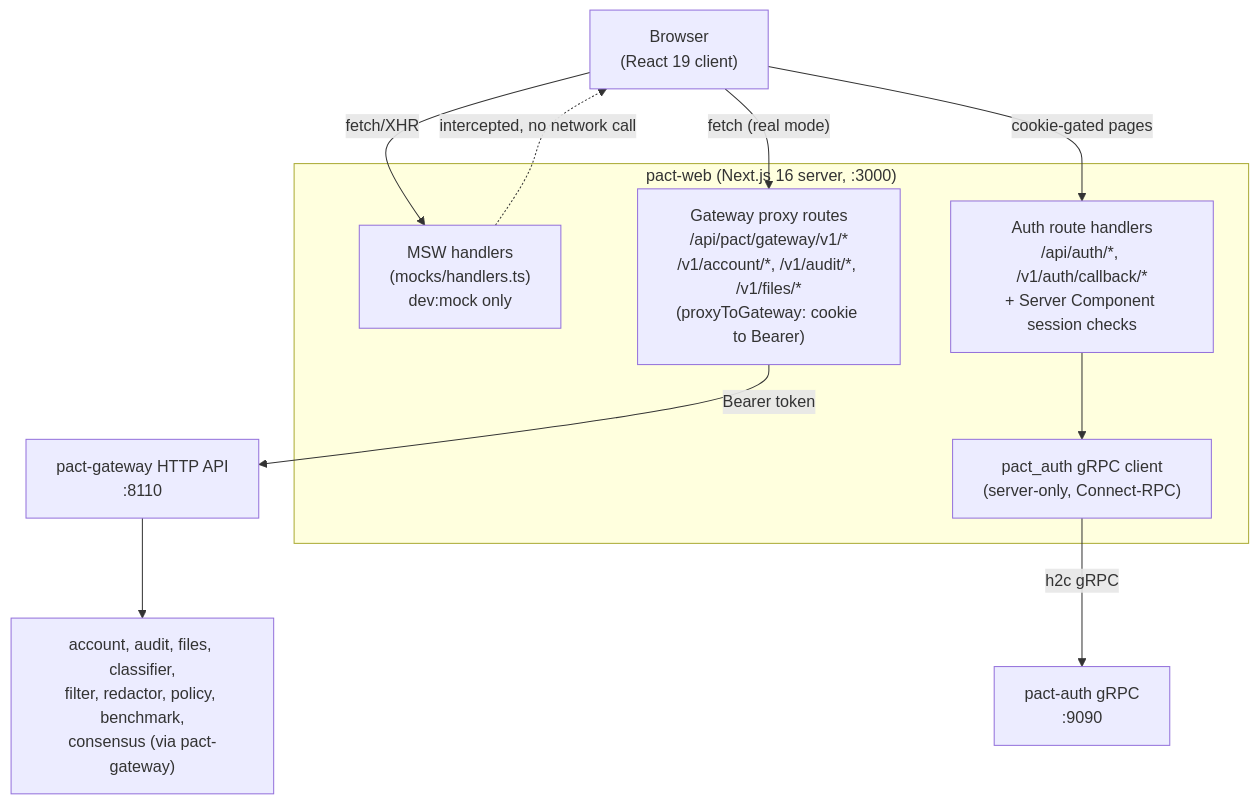
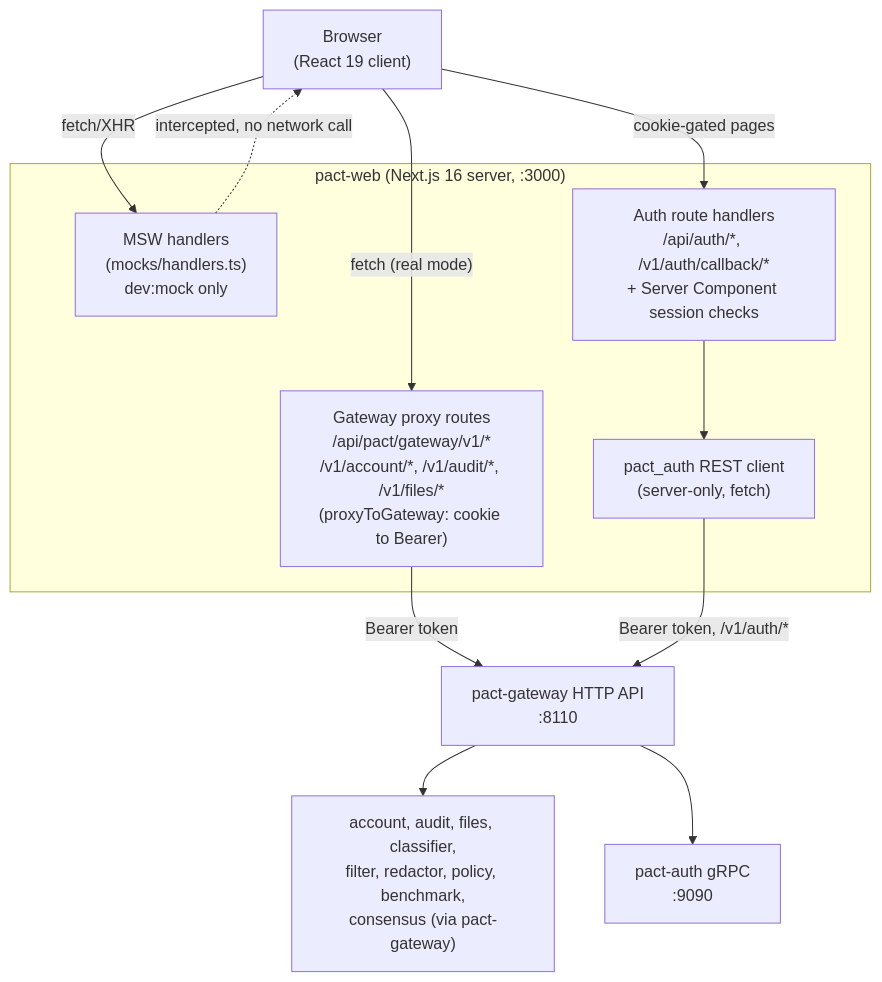
One commit to PACT-Toolkit/pact-web changed the diagram in README.md. Above: the diagram before and after it, drawn with Mermaid. The commit also changed other lines of this file and 59 other files, not shown here.

Commit message:
🛂 migrate pact-web auth calls to pact-gateway's /v1/auth REST proxy (#162)

````diff
--- a/README.md
+++ b/README.md
@@ -17,27 +18,28 @@
 ```mermaid
 flowchart TB
     Browser["Browser<br/>(React 19 client)"]
 
     subgraph web["pact-web (Next.js 16 server, :3000)"]
         MSW["MSW handlers<br/>(mocks/handlers.ts)<br/>dev:mock only"]
         ProxyRoutes["Gateway proxy routes<br/>/api/pact/gateway/v1/*<br/>/v1/account/*, /v1/audit/*, /v1/files/*<br/>(proxyToGateway: cookie to Bearer)"]
         AuthRoutes["Auth route handlers<br/>/api/auth/*, /v1/auth/callback/*<br/>+ Server Component session checks"]
-        AuthClient["pact_auth gRPC client<br/>(server-only, Connect-RPC)"]
+        AuthClient["pact_auth REST client<br/>(server-only, fetch)"]
     end
 
     Gateway["pact-gateway HTTP API<br/>:8110"]
     Auth["pact-auth gRPC<br/>:9090"]
     Downstream["account, audit, files, classifier,<br/>filter, redactor, policy, benchmark,<br/>consensus (via pact-gateway)"]
 
     Browser -->|"fetch/XHR"| MSW
     Browser -->|"fetch (real mode)"| ProxyRoutes
     Browser -->|"cookie-gated pages"| AuthRoutes
 
     MSW -. "intercepted, no network call" .-> Browser
 
     ProxyRoutes -->|"Bearer token"| Gateway
     Gateway --> Downstream
 
     AuthRoutes --> AuthClient
-    AuthClient -->|h2c gRPC| Auth
+    AuthClient -->|"Bearer token, /v1/auth/*"| Gateway
+    Gateway --> Auth
 ```
````
